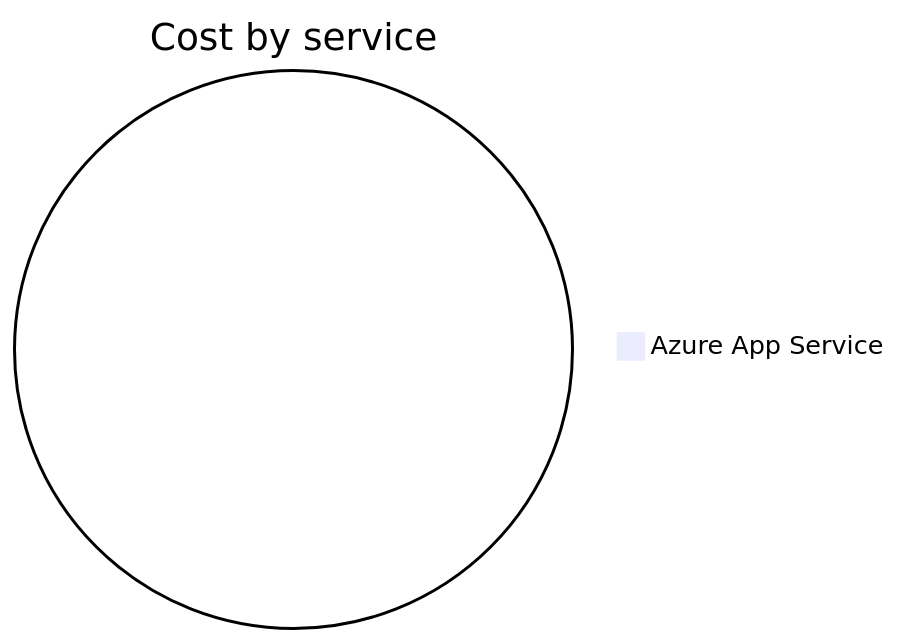
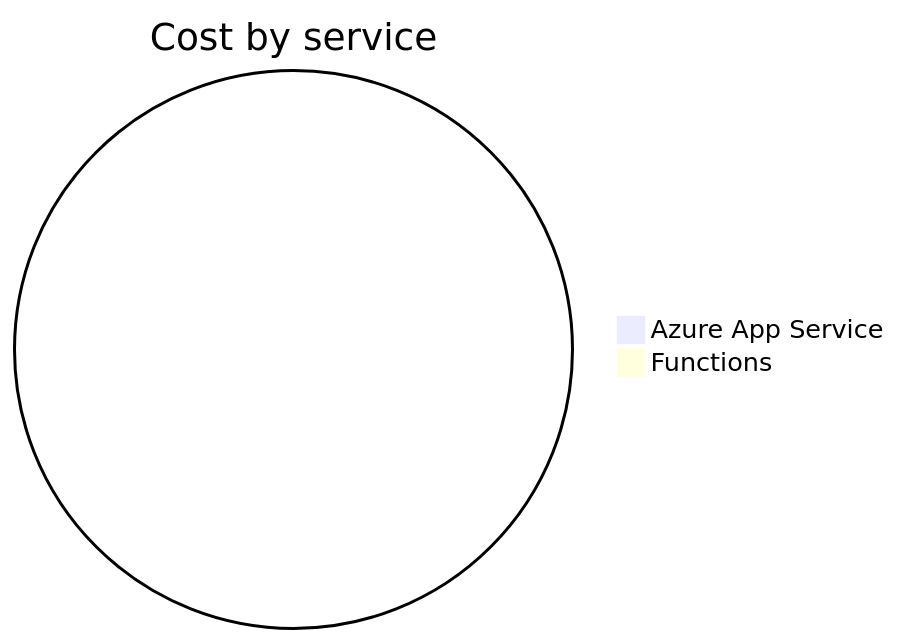
One commit to jpfulton/azure-personal-reports changed the second of 4 diagrams in cost-reports/personal-site/personal-site-api.md. Above: the diagram before and after it, drawn with Mermaid. The commit also changed other lines of this file and 6 other files, not shown here.

````diff
--- a/cost-reports/personal-site/personal-site-api.md
+++ b/cost-reports/personal-site/personal-site-api.md
@@ -93,5 +94,6 @@
 ```mermaid
 pie
    title Cost by service
    "Azure App Service" : 0.00
+   "Functions" : 0.00
 ```
````
